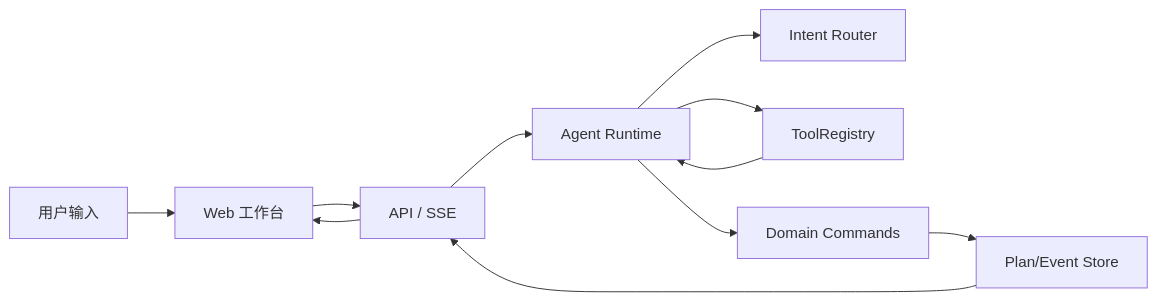
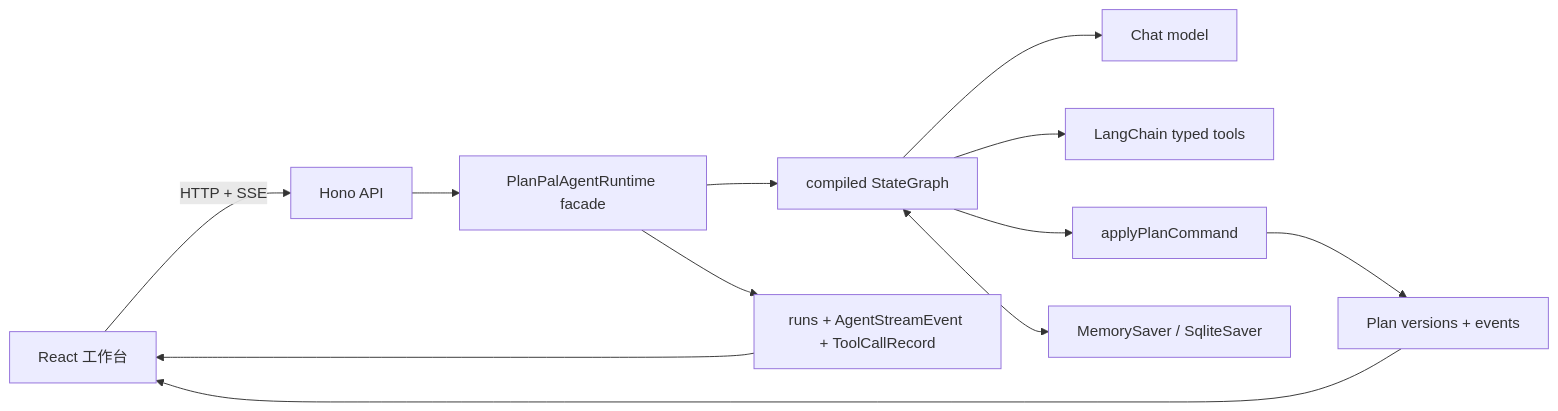
Before and after one commit to zenojor/plan-pal-agentic: the first of 2 diagrams in docs/agent-flow.md, drawn with Mermaid. The commit also changed other lines of this file and 55 other files, not shown here.

Commit message:
refactor: ship recoverable LangGraph agent runtime

````diff
--- a/docs/agent-flow.md
+++ b/docs/agent-flow.md
@@ -17,13 +9,14 @@
 ```mermaid
 flowchart LR
-  User["用户输入"] --> Web["Web 工作台"]
-  Web --> API["API / SSE"]
-  API --> Runtime["Agent Runtime"]
-  Runtime --> Router["Intent Router"]
-  Runtime --> Tools["ToolRegistry"]
-  Runtime --> Domain["Domain Commands"]
-  Tools --> Runtime
-  Domain --> Store["Plan/Event Store"]
-  Store --> API
-  API --> Web
+  UI["React 工作台"] -->|"HTTP + SSE"| API["Hono API"]
+  API --> Runtime["PlanPalAgentRuntime facade"]
+  Runtime --> Graph["compiled StateGraph"]
+  Graph --> Model["Chat model"]
+  Graph --> Tools["LangChain typed tools"]
+  Graph --> Domain["applyPlanCommand"]
+  Graph <--> Checkpoint["MemorySaver / SqliteSaver"]
+  Domain --> PlanStore["Plan versions + events"]
+  Runtime --> TraceStore["runs + AgentStreamEvent + ToolCallRecord"]
+  PlanStore --> UI
+  TraceStore --> UI
 ```
````
